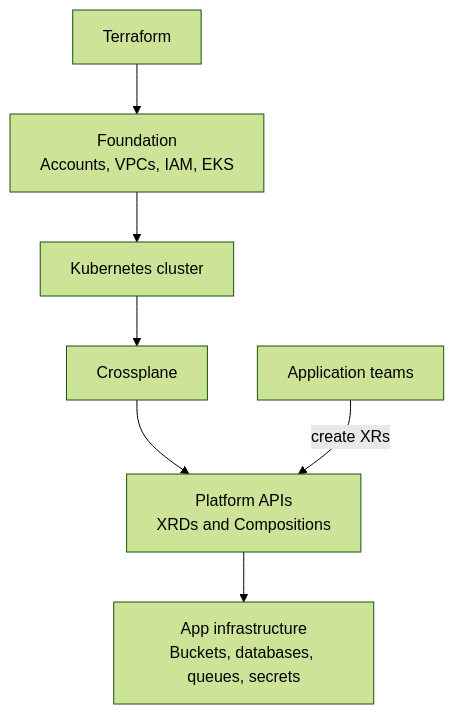
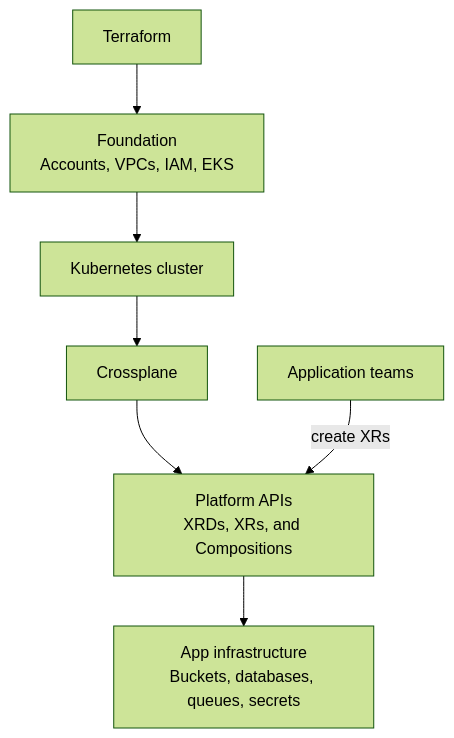
One commit to David-A18/MY-humble-knowledge-for-everyone changed the diagram in crossplane/comparison/terraform-vs-crossplane.md. Above: the diagram before and after it, drawn with Mermaid (forest theme). The commit also changed other lines of this file and 9 other files, not shown here.

````diff
--- a/crossplane/comparison/terraform-vs-crossplane.md
+++ b/crossplane/comparison/terraform-vs-crossplane.md
@@ -106,17 +106,17 @@
 ```mermaid
 flowchart TD
     terraform["Terraform"]
     foundation["Foundation\nAccounts, VPCs, IAM, EKS"]
     cluster["Kubernetes cluster"]
     crossplane["Crossplane"]
-    platformapi["Platform APIs\nXRDs and Compositions"]
+    platformapi["Platform APIs\nXRDs, XRs, and Compositions"]
     teams["Application teams"]
     resources["App infrastructure\nBuckets, databases, queues, secrets"]
 
     terraform --> foundation
     foundation --> cluster
     cluster --> crossplane
     crossplane --> platformapi
     teams -->|"create XRs"| platformapi
     platformapi --> resources
 ```
````
